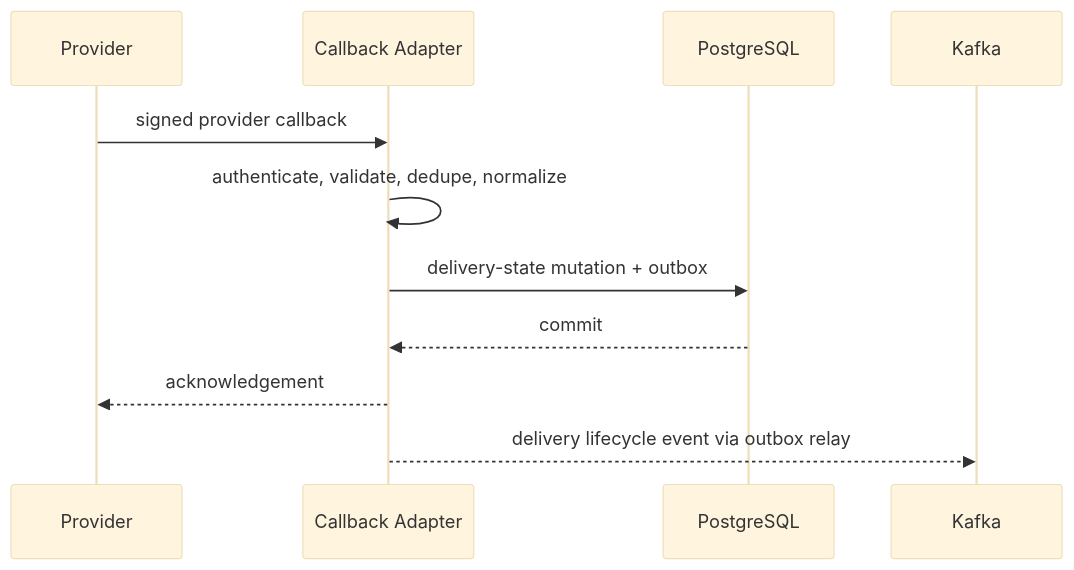
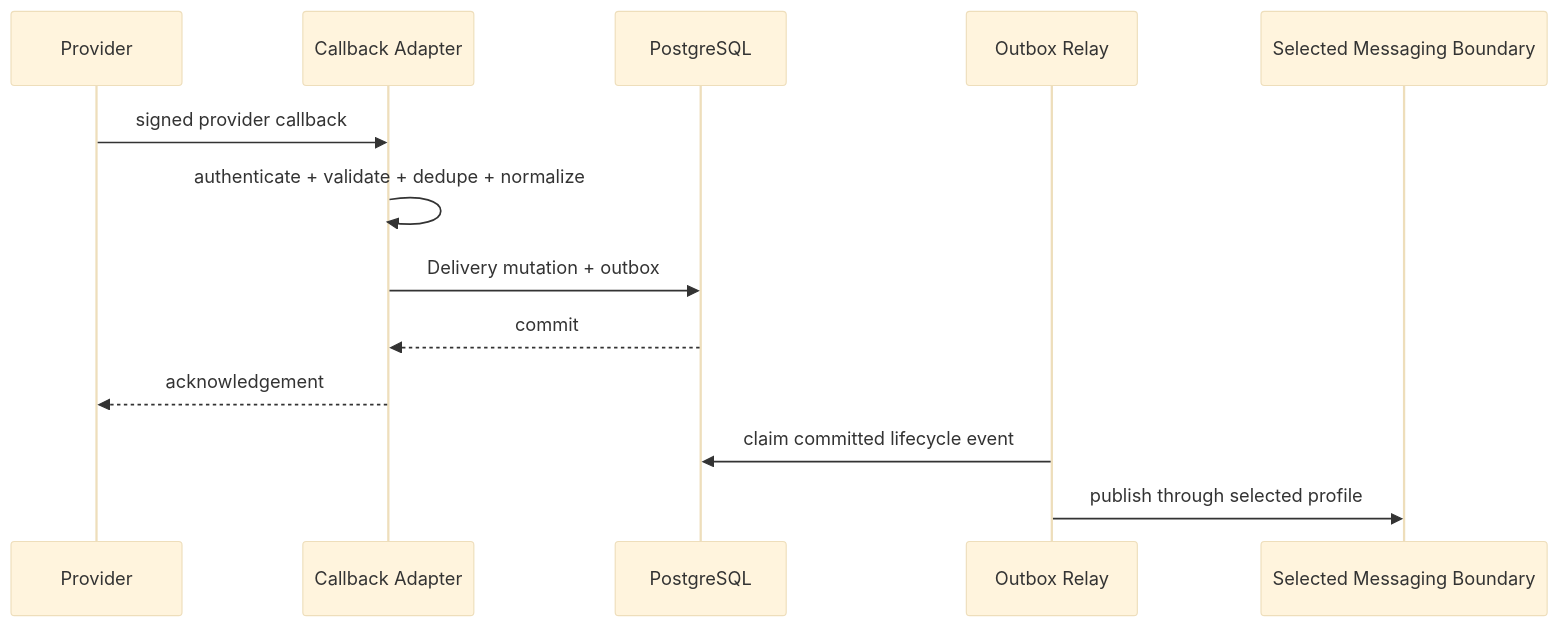
The seventh of 7 diagrams in 04-system/scnehaux-notification-platform/scnehaux-notification-platform.sad.md (anshacerbia2/scnehaux-architecture), drawn with Mermaid (base theme) before and after one commit. The commit also changed other lines of this file and 18 other files, not shown here.

````diff
--- a/04-system/scnehaux-notification-platform/scnehaux-notification-platform.sad.md
+++ b/04-system/scnehaux-notification-platform/scnehaux-notification-platform.sad.md
@@ -304,14 +400,16 @@
 ```mermaid
 sequenceDiagram
     participant X as Provider
     participant N as Callback Adapter
     participant D as PostgreSQL
-    participant K as Kafka
+    participant R as Outbox Relay
+    participant M as Selected Messaging Boundary
 
     X->>N: signed provider callback
-    N->>N: authenticate, validate, dedupe, normalize
-    N->>D: delivery-state mutation + outbox
+    N->>N: authenticate + validate + dedupe + normalize
+    N->>D: Delivery mutation + outbox
     D-->>N: commit
     N-->>X: acknowledgement
-    N-->>K: delivery lifecycle event via outbox relay
+    R->>D: claim committed lifecycle event
+    R->>M: publish through selected profile
 ```
````
